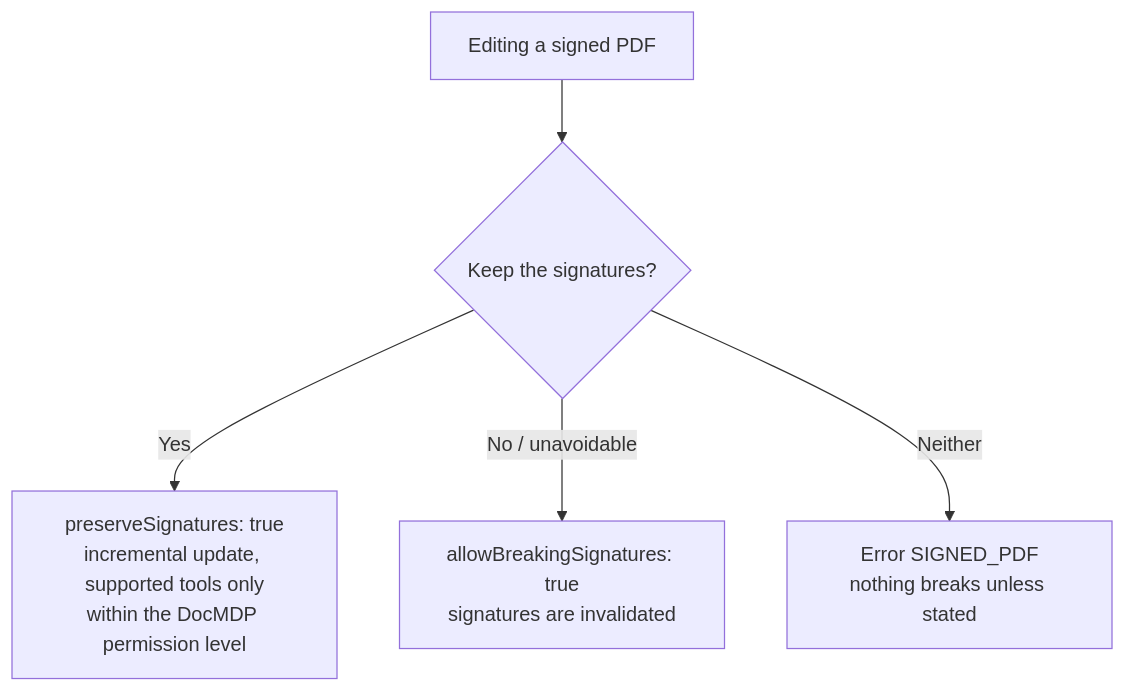
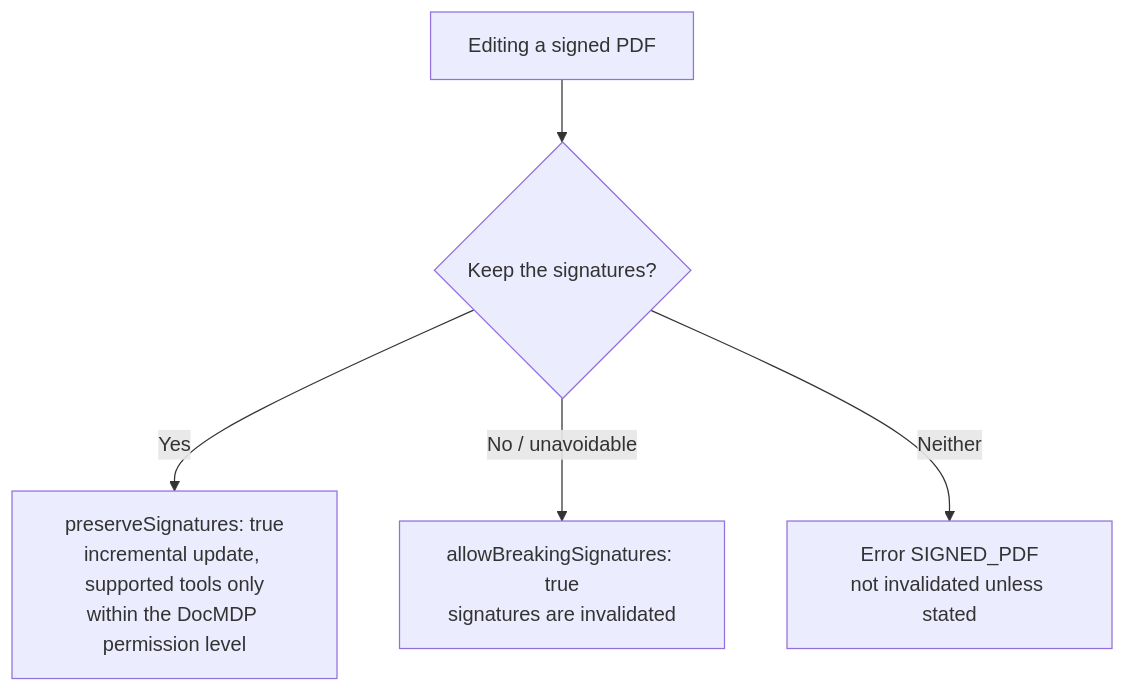
Before and after one commit to shuji-bonji/pdf-agent-stack: the second of 2 diagrams in site/docs/mcp/pdf-writer.md, drawn with Mermaid. The commit also changed other lines of this file and 7 other files, not shown here.

````diff
--- a/site/docs/mcp/pdf-writer.md
+++ b/site/docs/mcp/pdf-writer.md
@@ -96,7 +96,7 @@
 ```mermaid
 graph TD
   A[Editing a signed PDF] --> B{Keep the signatures?}
   B -->|Yes| C[preserveSignatures: true<br>incremental update, supported tools only<br>within the DocMDP permission level]
   B -->|No / unavoidable| D[allowBreakingSignatures: true<br>signatures are invalidated]
-  B -->|Neither| E[Error SIGNED_PDF<br>nothing breaks unless stated]
+  B -->|Neither| E[Error SIGNED_PDF<br>not invalidated unless stated]
 ```
````
